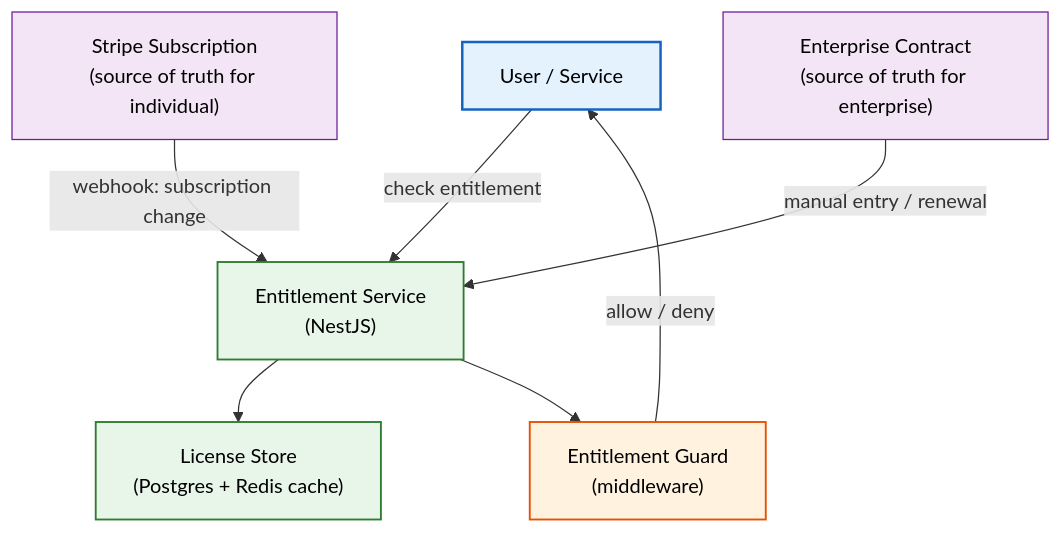
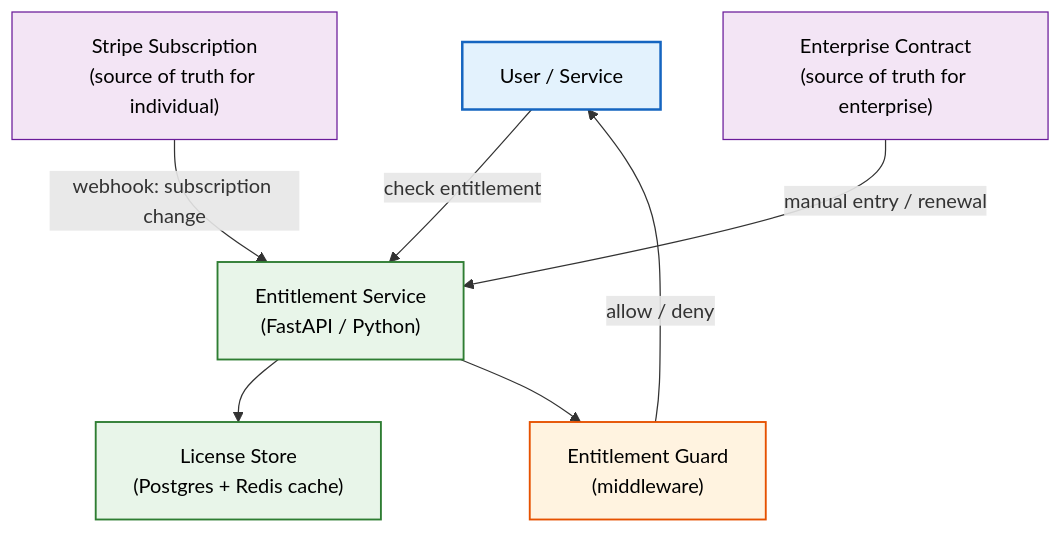
The first of 2 diagrams in docs/enterprise/Licensing.md (Driftloom/Vaeloom), drawn with Mermaid before and after one commit. The commit also changed other lines of this file and 159 other files, not shown here.

````diff
--- a/docs/enterprise/Licensing.md
+++ b/docs/enterprise/Licensing.md
@@ -42,21 +53,21 @@
 ```mermaid
 graph TD
     classDef user fill:#e3f2fd,stroke:#1565c0,color:#000,stroke-width:2px
     classDef license fill:#e8f5e9,stroke:#2e7d32,color:#000,stroke-width:1.5px
     classDef enforce fill:#fff3e0,stroke:#e65100,color:#000,stroke-width:1.5px
     classDef external fill:#f3e5f5,stroke:#6a1b9a,color:#000,stroke-width:1px
 
     USR["User / Service"]:::user
-    ENT["Entitlement Service<br/>(NestJS)"]:::license
+    ENT["Entitlement Service<br/>(FastAPI / Python)"]:::license
     STORE["License Store<br/>(Postgres + Redis cache)"]:::license
     STRIPE["Stripe Subscription<br/>(source of truth for individual)"]:::external
     CONTRACT["Enterprise Contract<br/>(source of truth for enterprise)"]:::external
     GUARD["Entitlement Guard<br/>(middleware)"]:::enforce
 
     USR -->|"check entitlement"| ENT
     STRIPE -->|"webhook: subscription change"| ENT
     CONTRACT -->|"manual entry / renewal"| ENT
     ENT --> STORE
     ENT --> GUARD
     GUARD -->|"allow / deny"| USR
 ```
````
